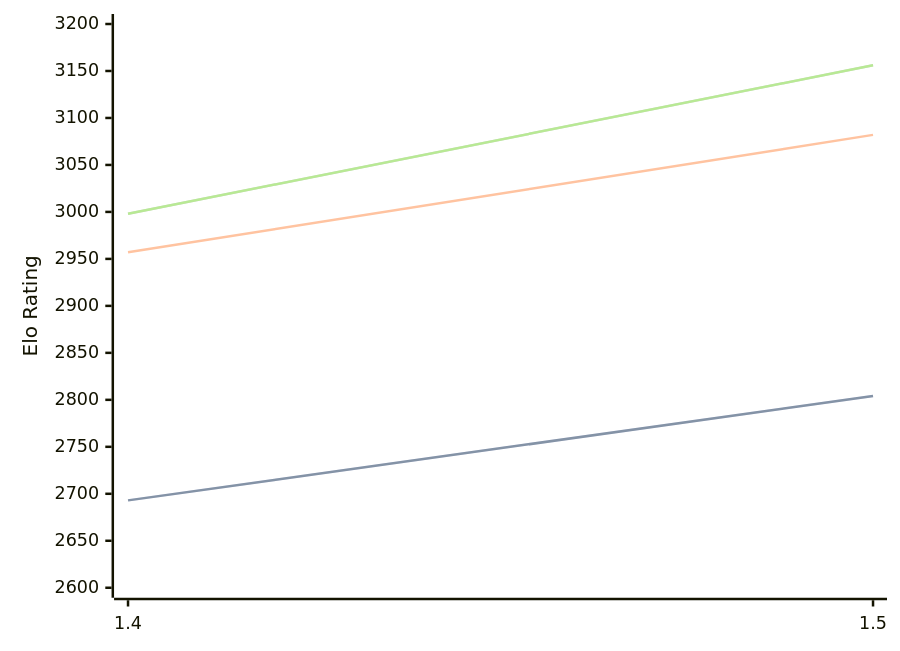
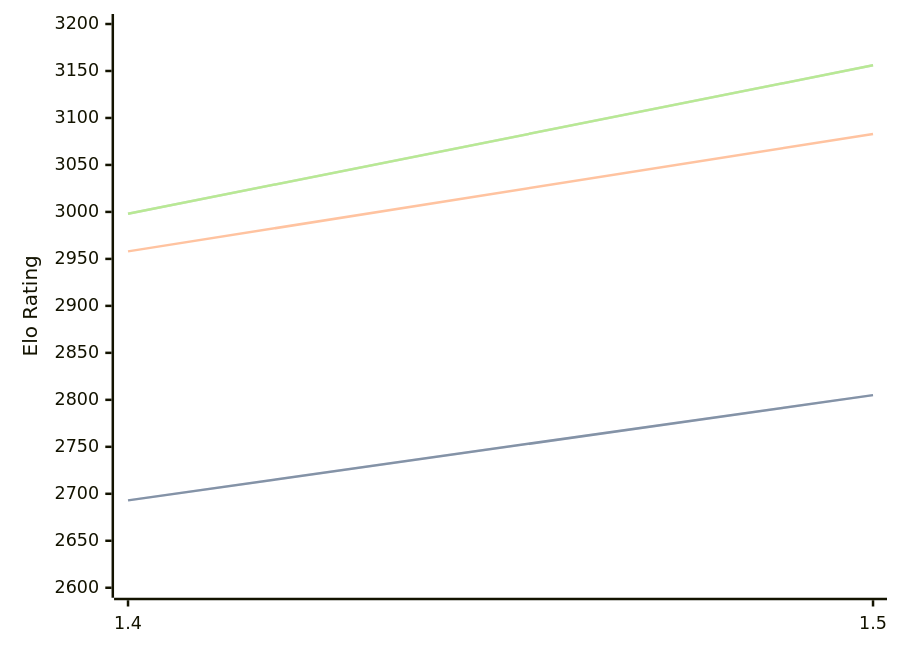
The diagram in engines/Yakka.md (computer-chess-index/cci), drawn with Mermaid before and after one commit. The commit also changed other lines of this file, not shown here.

Commit message:
Update CCI Ratings (ELO VLTC) - 2026-03-13

````diff
--- a/engines/Yakka.md
+++ b/engines/Yakka.md
@@ -34,11 +34,11 @@
 ```mermaid
 %%{init: {"theme":"base","themeVariables":{"seriesColors:['#a3a3a3','#222221','#faa371']}}}%%
 xychart-beta
   x-axis ["1.4", "1.5"]
   y-axis "Elo Rating" 2600 --> 3200
-  line "STC (8.0+0.08s)" [2693, 2804]
-  line "STC (8.0+0.08s)" [2693, 2804]
-  line "LTC (60.0+0.60s)" [2957, 3082]
+  line "STC (8.0+0.08s)" [2693, 2805]
+  line "STC (8.0+0.08s)" [2693, 2805]
+  line "LTC (60.0+0.60s)" [2958, 3083]
   line "VLTC (2m24s+1.12s)" [2998, 3156]
   line "VLTC (2m24s+1.12s)" [2998, 3156]
 ```
````
